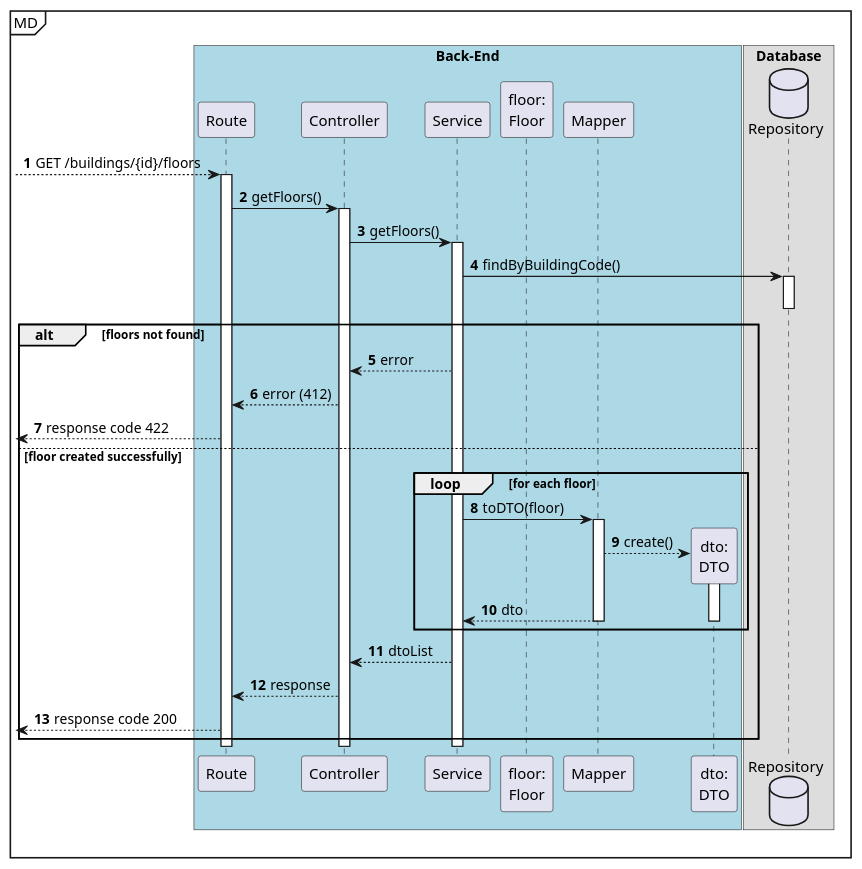
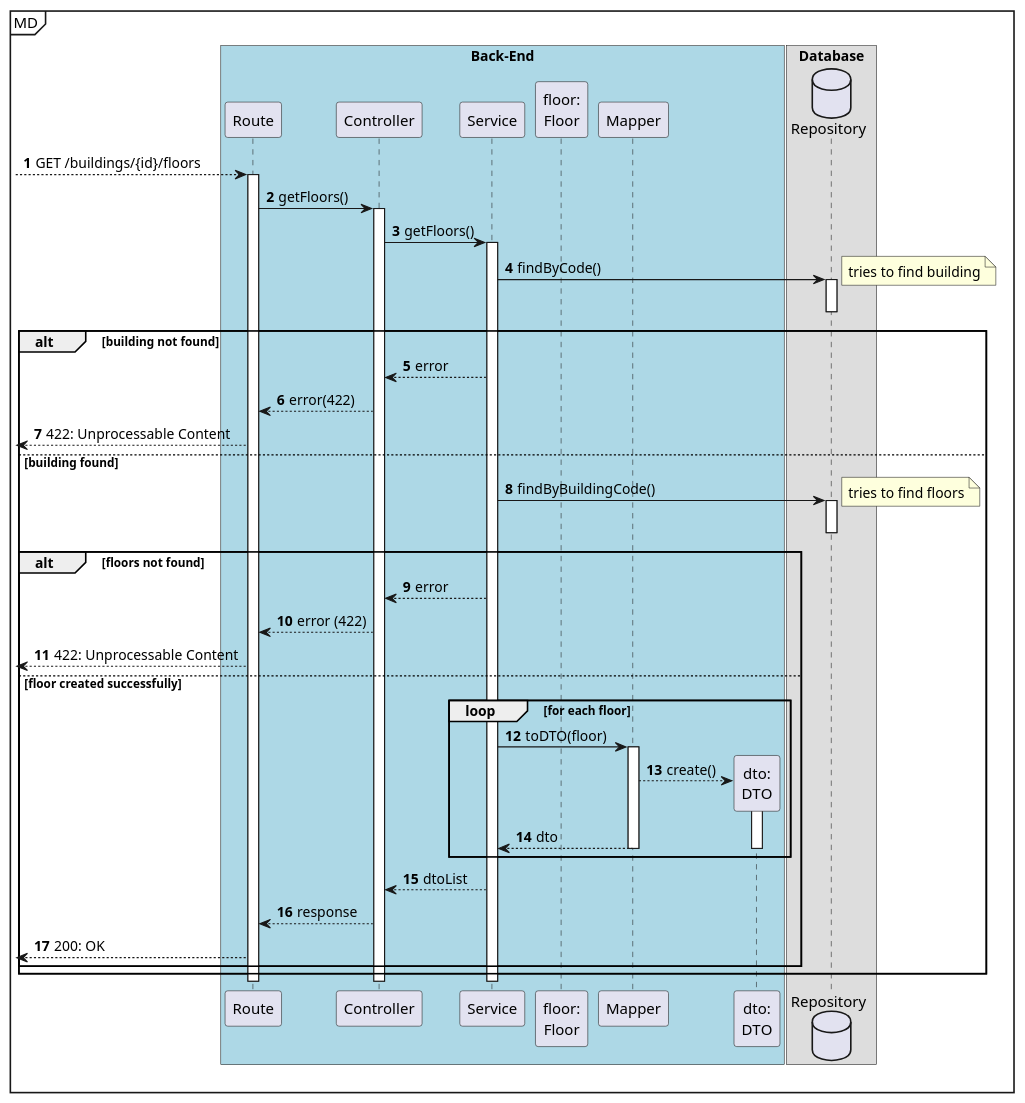
The diagram in docs/us210/level3/process-view.puml (Departamento-de-Engenharia-Informatica/lapr5-23-24-g19), drawn with PlantUML before and after one commit.

Commit message:
docs(us210): updated level3 process view

```diff
--- a/docs/us210/level3/process-view.puml
+++ b/docs/us210/level3/process-view.puml
@@ -1,54 +1,66 @@
 @startuml
 autonumber
 
 mainframe MD
 box "Back-End" #LightBlue
 participant "Route" as r
 participant "Controller" as ctrl
 participant "Service" as svc
 
 participant "floor:\nFloor" as floor
 participant "Mapper" as map
 participant "dto:\nDTO" as dto
 end box
 
 box "Database"
 database "Repository" as repo
 end box
 
 [--> r: GET /buildings/{id}/floors
-    activate r
-        r -> ctrl : getFloors()
-        activate ctrl
-            ctrl -> svc : getFloors()
-            activate svc
+activate r
+    r -> ctrl : getFloors()
+    activate ctrl
+        ctrl -> svc : getFloors()
+        activate svc
+            svc -> repo : findByCode()
+            note right : tries to find building
+            activate repo
+            deactivate repo
+
+            alt building not found
+                svc --> ctrl : error
+                ctrl --> r : error(422)
+                [<-- r : 422: Unprocessable Content
+            else building found
                 svc -> repo : findByBuildingCode()
+                note right : tries to find floors
+
                 activate repo
                 deactivate repo
-
                 alt floors not found
                     svc --> ctrl : error
-                    ctrl --> r : error (412)
-                    [<--r : response code 422
+                    ctrl --> r : error (422)
+                    [<-- r : 422: Unprocessable Content
                 else floor created successfully
 
                 loop for each floor
                     svc -> map : toDTO(floor)
 
                     activate map
                         map --> dto** : create()
                         activate dto
                             map --> svc : dto
                         deactivate dto
                     deactivate map
                 end loop
 
                     svc --> ctrl : dtoList
                     ctrl --> r : response
-                    [<-- r : response code 200
+                    [<-- r : 200: OK
                 end
-            deactivate svc
-        deactivate ctrl
-    deactivate r
+            end
+        deactivate svc
+    deactivate ctrl
+deactivate r
 
 @enduml
```
